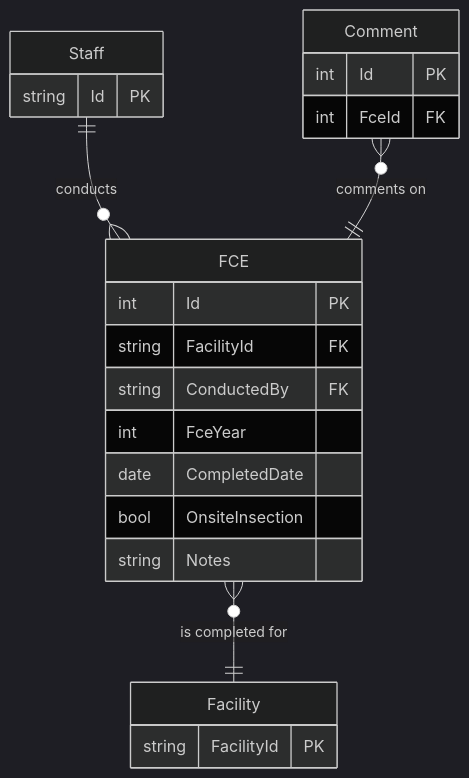
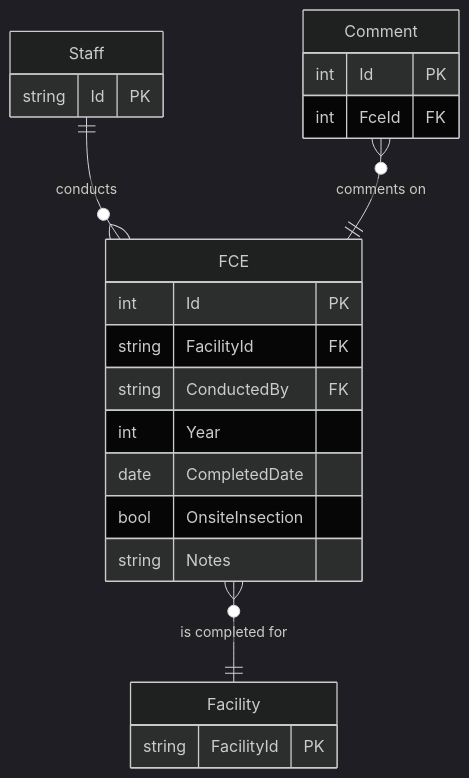
One commit to gaepdit/air-web changed the second of 2 diagrams in docs/Workflows/FCE/FCE.md. Above: the diagram before and after it, drawn with Mermaid (dark theme). The commit also changed other lines of this file and 4 other files, not shown here.

````diff
--- a/docs/Workflows/FCE/FCE.md
+++ b/docs/Workflows/FCE/FCE.md
@@ -44,30 +44,30 @@
 ```mermaid
 erDiagram
     FAC["Facility"] {
         string FacilityId PK
     }
 
     FCE["FCE"] {
         int Id PK
         string FacilityId FK
         string ConductedBy FK
-        int FceYear
+        int Year
         date CompletedDate
         bool OnsiteInsection
         string Notes
     }
 
     STF["Staff"] {
         string Id PK
     }
 
     CTE["Comment"] {
         int Id PK
         int FceId FK
     }
 
     FCE }o--|| FAC: "is completed for"
     STF ||--o{ FCE: "conducts"
     CTE }o--|| FCE: "comments on"
 
 ```
````
